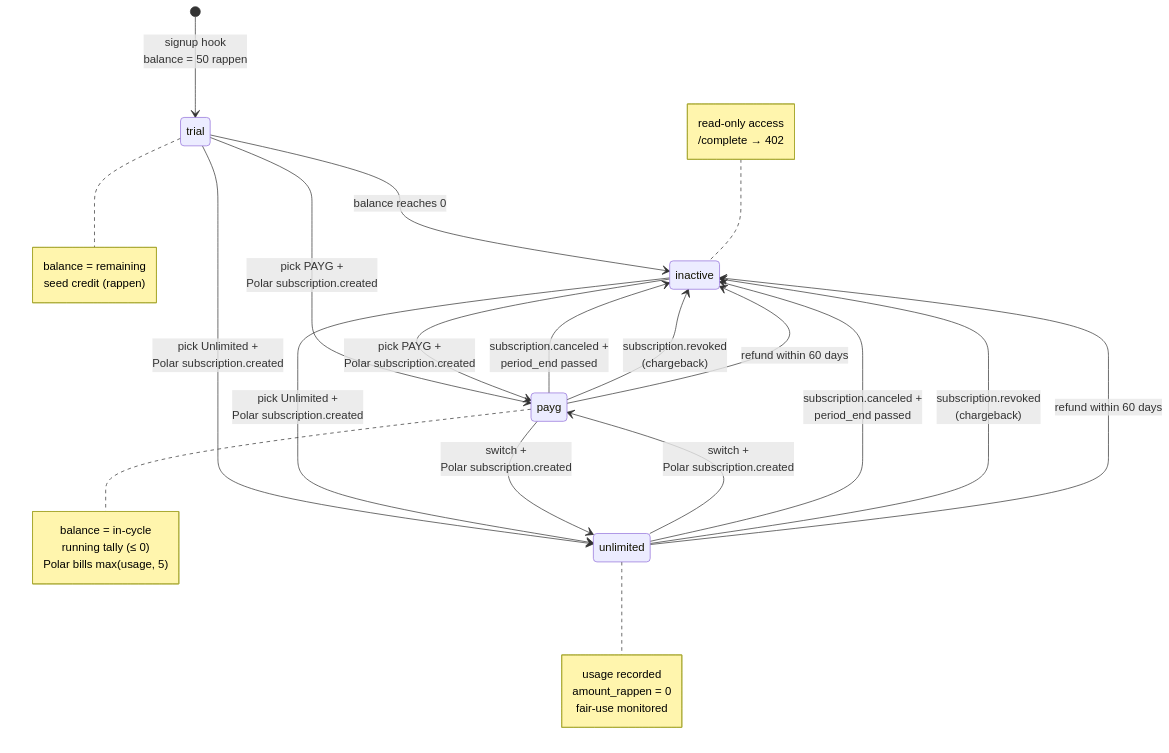
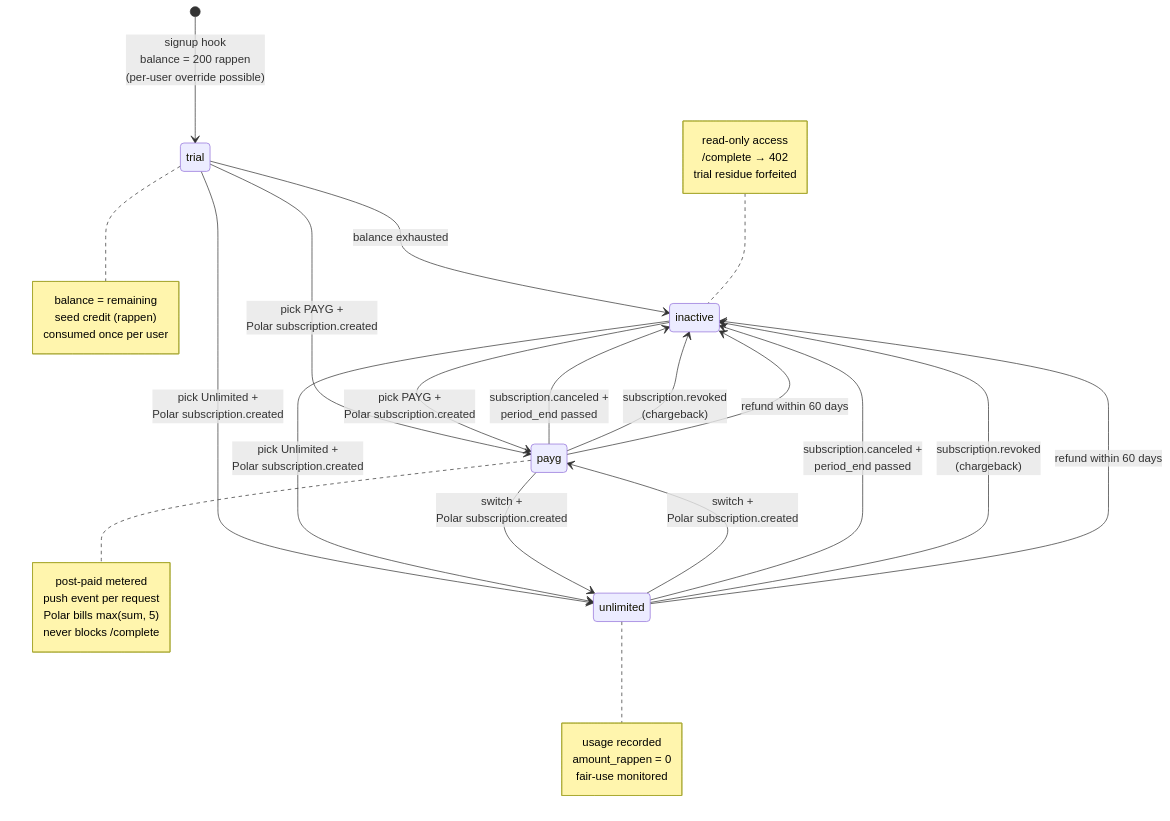
One commit to cognos-io/chat.cognos.io changed the third of 7 diagrams in docs/specs/billing.md. Above: the diagram before and after it, drawn with Mermaid. The commit also changed other lines of this file, not shown here.

````diff
--- a/docs/specs/billing.md
+++ b/docs/specs/billing.md
@@ -337,36 +377,39 @@
 ```mermaid
 stateDiagram-v2
-    [*] --> trial: signup hook<br/>balance = 50 rappen
-    trial --> inactive: balance reaches 0
+    [*] --> trial: signup hook<br/>balance = 200 rappen<br/>(per-user override possible)
+    trial --> inactive: balance exhausted
     trial --> payg: pick PAYG +<br/>Polar subscription.created
     trial --> unlimited: pick Unlimited +<br/>Polar subscription.created
     inactive --> payg: pick PAYG +<br/>Polar subscription.created
     inactive --> unlimited: pick Unlimited +<br/>Polar subscription.created
     payg --> unlimited: switch +<br/>Polar subscription.created
     unlimited --> payg: switch +<br/>Polar subscription.created
     payg --> inactive: subscription.canceled +<br/>period_end passed
     unlimited --> inactive: subscription.canceled +<br/>period_end passed
     payg --> inactive: subscription.revoked<br/>(chargeback)
     unlimited --> inactive: subscription.revoked<br/>(chargeback)
     payg --> inactive: refund within 60 days
     unlimited --> inactive: refund within 60 days
 
     note right of trial
         balance = remaining
         seed credit (rappen)
+        consumed once per user
     end note
     note right of payg
-        balance = in-cycle
-        running tally (≤ 0)
-        Polar bills max(usage, 5)
+        post-paid metered
+        push event per request
+        Polar bills max(sum, 5)
+        never blocks /complete
     end note
     note right of unlimited
         usage recorded
         amount_rappen = 0
         fair-use monitored
     end note
     note left of inactive
         read-only access
         /complete → 402
+        trial residue forfeited
     end note
 ```
````
